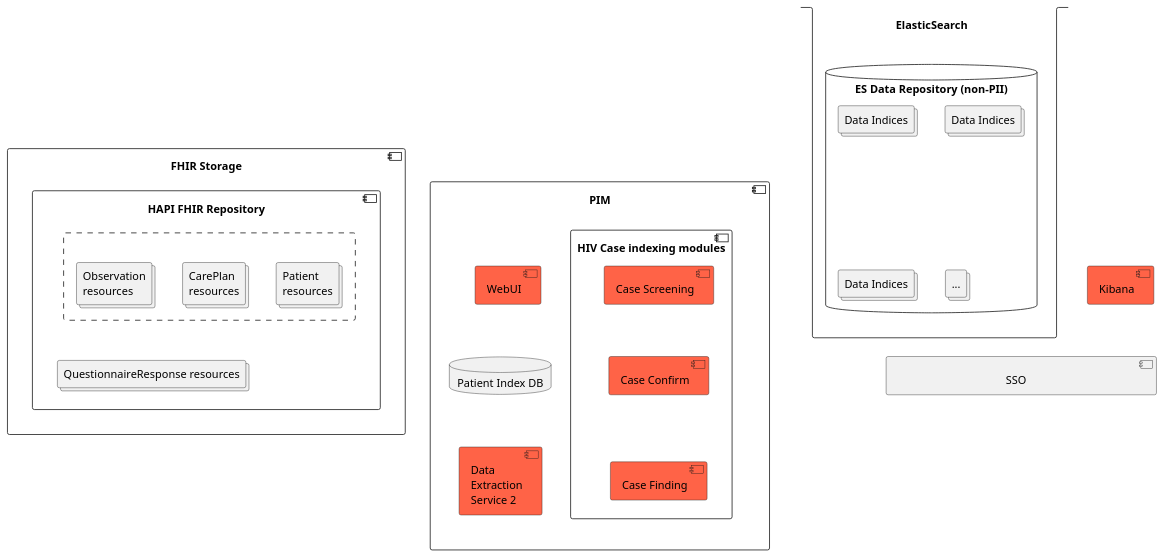
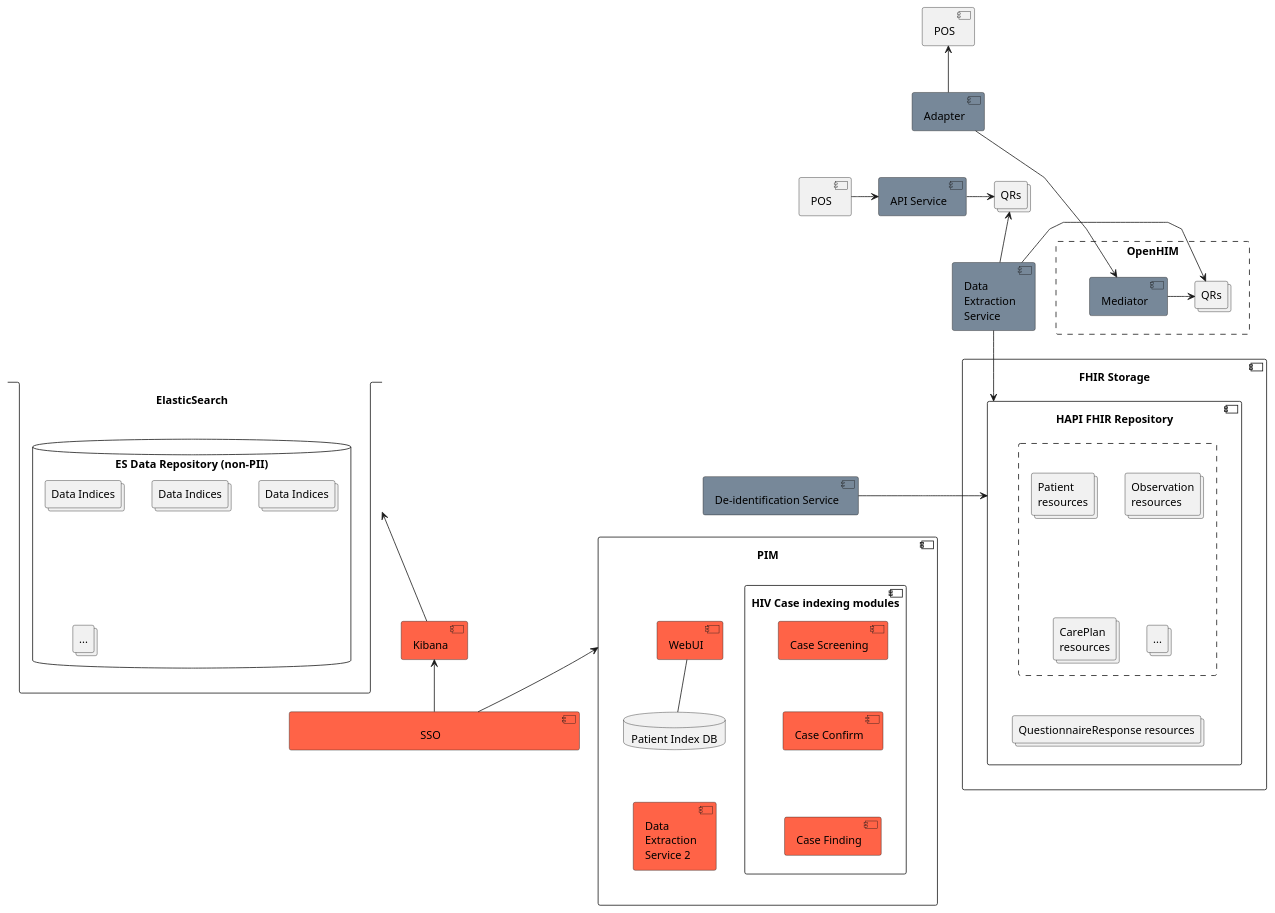
One commit to openhie/case-reporting-hiv-vn changed the diagram in input/images-source/architecture_current.plantuml. Above: the diagram before and after it, drawn with PlantUML.

```diff
--- a/input/images-source/architecture_current.plantuml
+++ b/input/images-source/architecture_current.plantuml
@@ -2,77 +1,115 @@
 @startuml
 skinparam linetype polyline
 hide circle
 hide stereotype
 
 skinparam rectangle<<dash>> {
     borderStyle dashed
    } 
 
 skinparam component<<viettel>> {
     backgroundColor Tomato
    } 
 
+skinparam component<<globits>> {
+    backgroundColor LightSlateGrey
+   } 
+
 
 component "FHIR Storage" as FHIR {
   component "HAPI FHIR Repository" as HAPI{
   rectangle "  " as rect <<dash>>{
-    collections "Patient\nresources"
-    collections "CarePlan\nresources" 
+    collections "Patient\nresources" as Pat
+    collections "CarePlan\nresources" as CPl
     collections "Observation\nresources" as Obs
+    collections "..." as etc
     }
   collections "QuestionnaireResponse resources" as QR
   }
 
-  Obs -[hidden]d- QR
+  Pat -[hidden]r- Obs
+  Pat -[hidden]d- CPl
+  CPl -[hidden]d- QR
+  CPl -[hidden]r- etc
  
 }
 
 
-component "                                      SSO                                       " as SSO{ 
+component "                                          SSO                                          " as SSO <<viettel>> { 
 }
 
 HAPI -[hidden]r- PIM
 
 component "Patient Identity Management" as PIM{
     component WebUI <<viettel>>
     component "Data\nExtraction\nService 2" as DES2 <<viettel>>
     component "HIV Case indexing modules" as CIdx {
      component "Case Finding" as CF <<viettel>>
      component "Case Screening" as CS <<viettel>>
      component "Case Confirm" as CC <<viettel>>
 
      CS -[hidden]d- CC
      CC -[hidden]d- CF
 
     }
     database "Patient Index DB" as SQL <<viettel>>
 
-    WebUI -[hidden]d- SQL
+    WebUI -d- SQL
     WebUI -[hidden]r- CIdx
     SQL -[hidden]d- DES2
   }
 
 
 
 
   stack "                   **ElasticSearch**                     \n" as ELK{
     database "ES Data Repository (non-PII)" {
     collections "Data Indices" as DI1
     collections "Data Indices" as DI2
     collections "Data Indices" as DI3
     collections "..." as DI4
     }
-    
   
   }
 
 component Kibana <<viettel>>
 ' component "Data Extraction Service" as DES
 
-ELK -[hidden]d- Kibana
-Kibana -[hidden]d- SSO
+DI3 -[hidden]d- Kibana
+Kibana <-d- SSO
 PIM -[hidden]d- SSO
 
 
+component "Data\nExtraction\nService" as DES <<globits>>
+component "API Service" as API <<globits>>
+component "Adapter" as Adp <<globits>>
+component "De-identification Service" as DID <<globits>>
+component "POS" as POS
+component "POS" as POS2
+rectangle  OpenHIM <<dash>>{
+  component "Mediator" as Med <<globits>>
+  collections "QRs" as QRs
+}
+collections "QRs" as QRs2
+
+POS2 -r-> API
+API  -r-> QRs2
+
+POS <-d- Adp
+Adp -r-> Med
+Med -r-> QRs
+
+Adp -[hidden]d- POS2
+
+OpenHIM -[hidden]r- DES
+QRs <-r- DES
+QRs2 <-- DES
+
+DES -d-> HAPI
+DID -l-> HAPI
+DID -[hidden]d-> WebUI
+
+Kibana -u-> ELK
+SSO -u-> PIM
 
 @enduml
```
